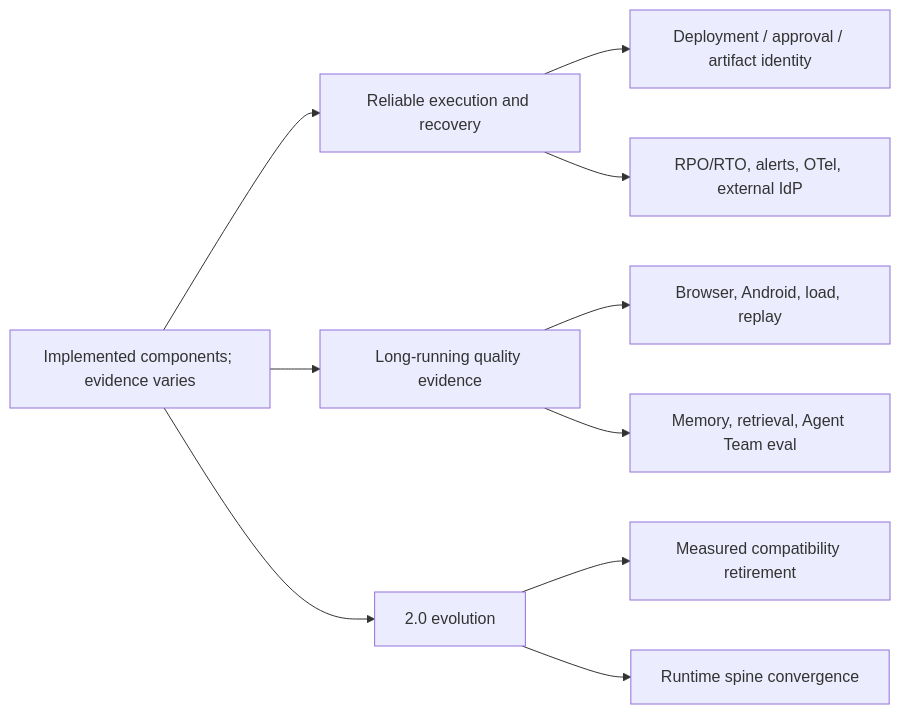
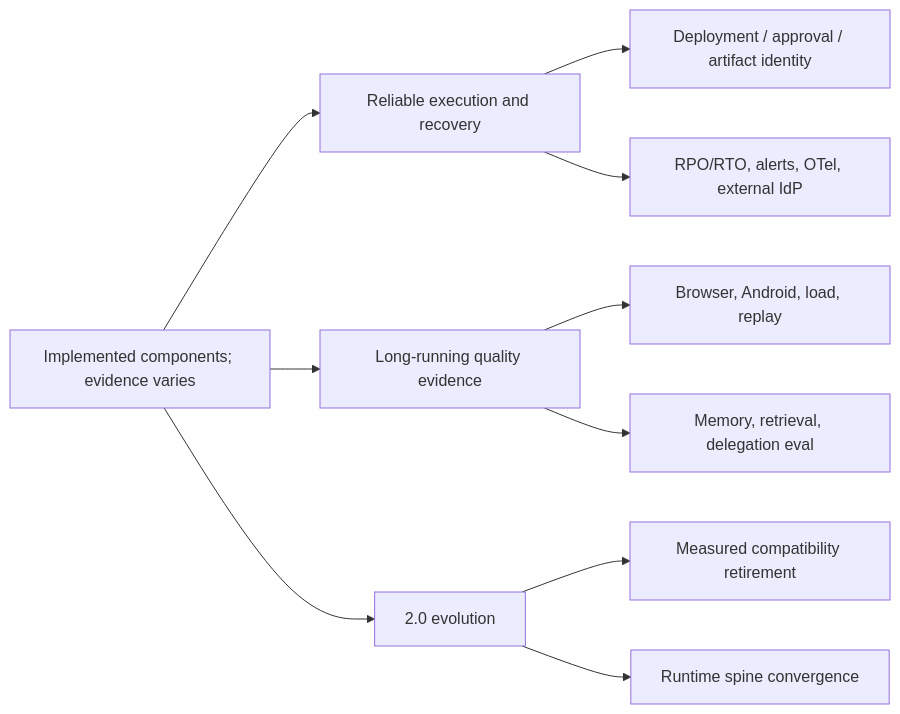
The diagram in docs/roadmap.md (William-zgx/focus-agent), drawn with Mermaid before and after one commit. The commit also changed other lines of this file and 132 other files, not shown here.

First line of the commit message:
feat(v2)!: 删除 Agent Team 前端与 SDK 产品面

````diff
--- a/docs/roadmap.md
+++ b/docs/roadmap.md
@@ -15,12 +15,12 @@
 ```mermaid
 flowchart LR
     Baseline["Implemented components; evidence varies"] --> Production["Reliable execution and recovery"]
     Baseline --> Quality["Long-running quality evidence"]
     Baseline --> Evolution["2.0 evolution"]
     Production --> Identity["Deployment / approval / artifact identity"]
     Production --> Operations["RPO/RTO, alerts, OTel, external IdP"]
     Quality --> Runtime["Browser, Android, load, replay"]
-    Quality --> Agent["Memory, retrieval, Agent Team eval"]
+    Quality --> Agent["Memory, retrieval, delegation eval"]
     Evolution --> Compat["Measured compatibility retirement"]
     Evolution --> Spine["Runtime spine convergence"]
 ```
````
